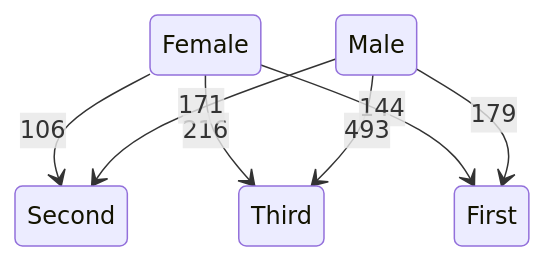
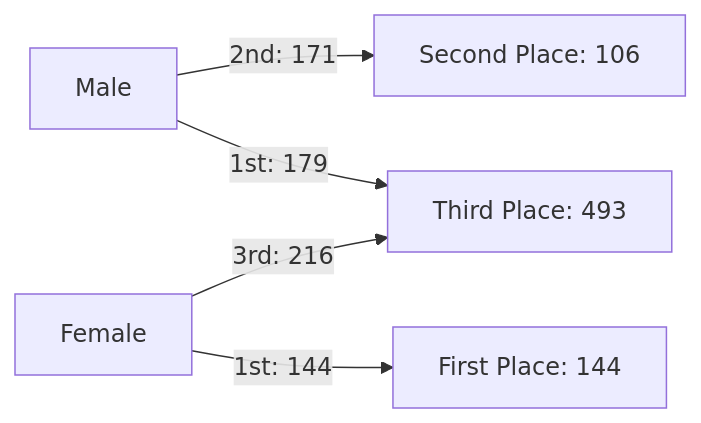
Before and after one commit to antononcube/Raku-LLM-Functions: the third of 7 diagrams in docs/Workflows-with-LLM-functions_woven.md, drawn with Mermaid. The commit also changed other lines of this file and 1 other file, not shown here.

````diff
--- a/docs/Workflows-with-LLM-functions_woven.md
+++ b/docs/Workflows-with-LLM-functions_woven.md
@@ -510,13 +521,7 @@
 ```mermaid
-stateDiagram
-  state Female
-  state Male
-
-  Female --> Second : 106
-  Female --> Third : 216
-  Female --> First : 144
-
-  Male --> Second : 171
-  Male --> Third : 493
-  Male --> First : 179
+graph LR
+Male["Male"]-->|"1st: 179"|ThirdPlace["Third Place: 493"]
+Male-->|"2nd: 171"|SecondPlace["Second Place: 106"]
+Female["Female"]-->|"1st: 144"|FirstPlace["First Place: 144"]
+Female-->|"3rd: 216"|ThirdPlace
 ```
````
